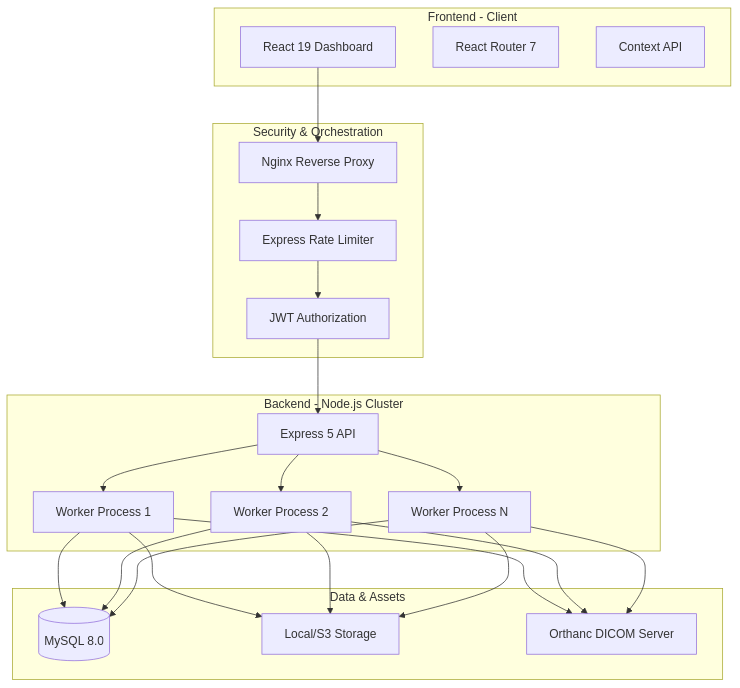
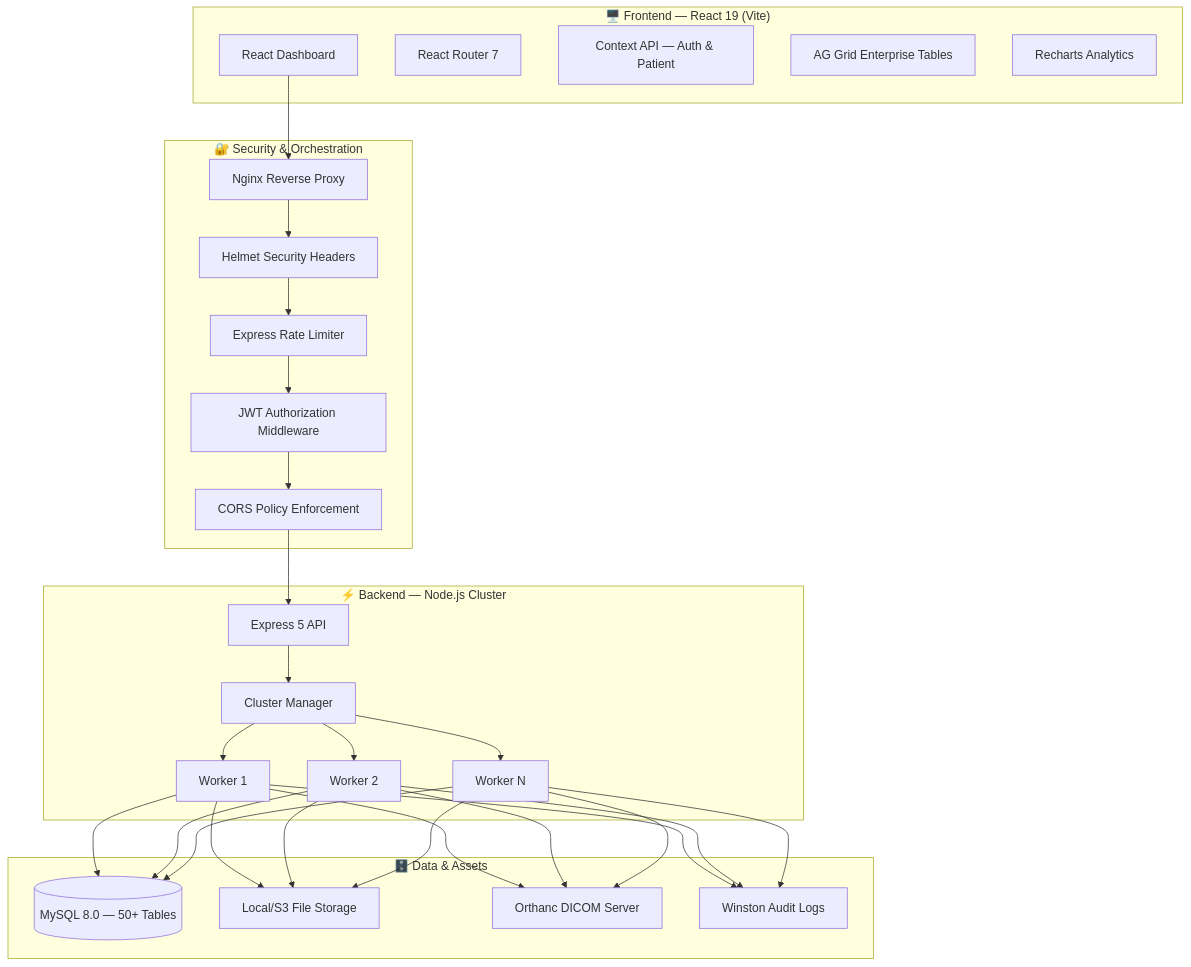
One commit to prawinkumar2k/server_hms changed the first of 6 diagrams in README.md. Above: the diagram before and after it, drawn with Mermaid. The commit also changed other lines of this file, not shown here.

Commit message:
docs: rewrite README with elite production-grade documentation, architecture diagrams, and demo section

````diff
--- a/README.md
+++ b/README.md
@@ -24,36 +71,41 @@
 ```mermaid
 graph TD
-    subgraph Client_Layer [Frontend - Client]
-        UI[React 19 Dashboard]
+    subgraph Client_Layer ["🖥️ Frontend — React 19 (Vite)"]
+        UI[React Dashboard]
         Router[React Router 7]
-        State[Context API]
+        Context[Context API — Auth & Patient]
+        AG[AG Grid Enterprise Tables]
+        Recharts[Recharts Analytics]
     end
 
-    subgraph API_Gateway [Security & Orchestration]
+    subgraph API_Gateway ["🔐 Security & Orchestration"]
         nginx[Nginx Reverse Proxy]
+        Helmet[Helmet Security Headers]
         Limiter[Express Rate Limiter]
-        Auth[JWT Authorization]
+        Auth[JWT Authorization Middleware]
+        CORS[CORS Policy Enforcement]
     end
 
-    subgraph Service_Layer [Backend - Node.js Cluster]
+    subgraph Service_Layer ["⚡ Backend — Node.js Cluster"]
         Core[Express 5 API]
-        Worker1[Worker Process 1]
-        Worker2[Worker Process 2]
-        WorkerN[Worker Process N]
+        Cluster[Cluster Manager]
+        Worker1[Worker 1]
+        Worker2[Worker 2]
+        WorkerN[Worker N]
     end
 
-    subgraph Storage_Layer [Data & Assets]
-        DB[(MySQL 8.0)]
-        Storage[Local/S3 Storage]
+    subgraph Storage_Layer ["🗄️ Data & Assets"]
+        DB[(MySQL 8.0 — 50+ Tables)]
+        FileStore[Local/S3 File Storage]
         DICOM[Orthanc DICOM Server]
+        Logs[Winston Audit Logs]
     end
 
     UI --> nginx
-    nginx --> Limiter
-    Limiter --> Auth
-    Auth --> Core
-    Core --> Worker1 & Worker2 & WorkerN
+    nginx --> Helmet --> Limiter --> Auth --> CORS --> Core
+    Core --> Cluster --> Worker1 & Worker2 & WorkerN
     Worker1 & Worker2 & WorkerN --> DB
-    Worker1 & Worker2 & WorkerN --> Storage
+    Worker1 & Worker2 & WorkerN --> FileStore
     Worker1 & Worker2 & WorkerN --> DICOM
+    Worker1 & Worker2 & WorkerN --> Logs
 ```
````
